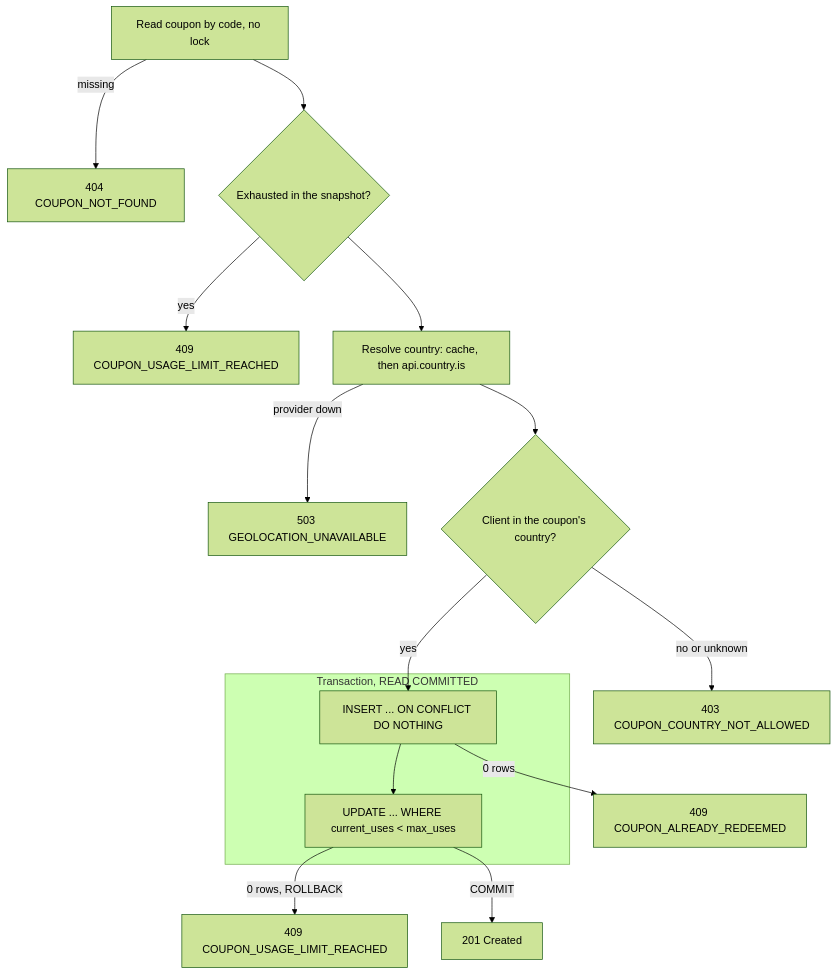
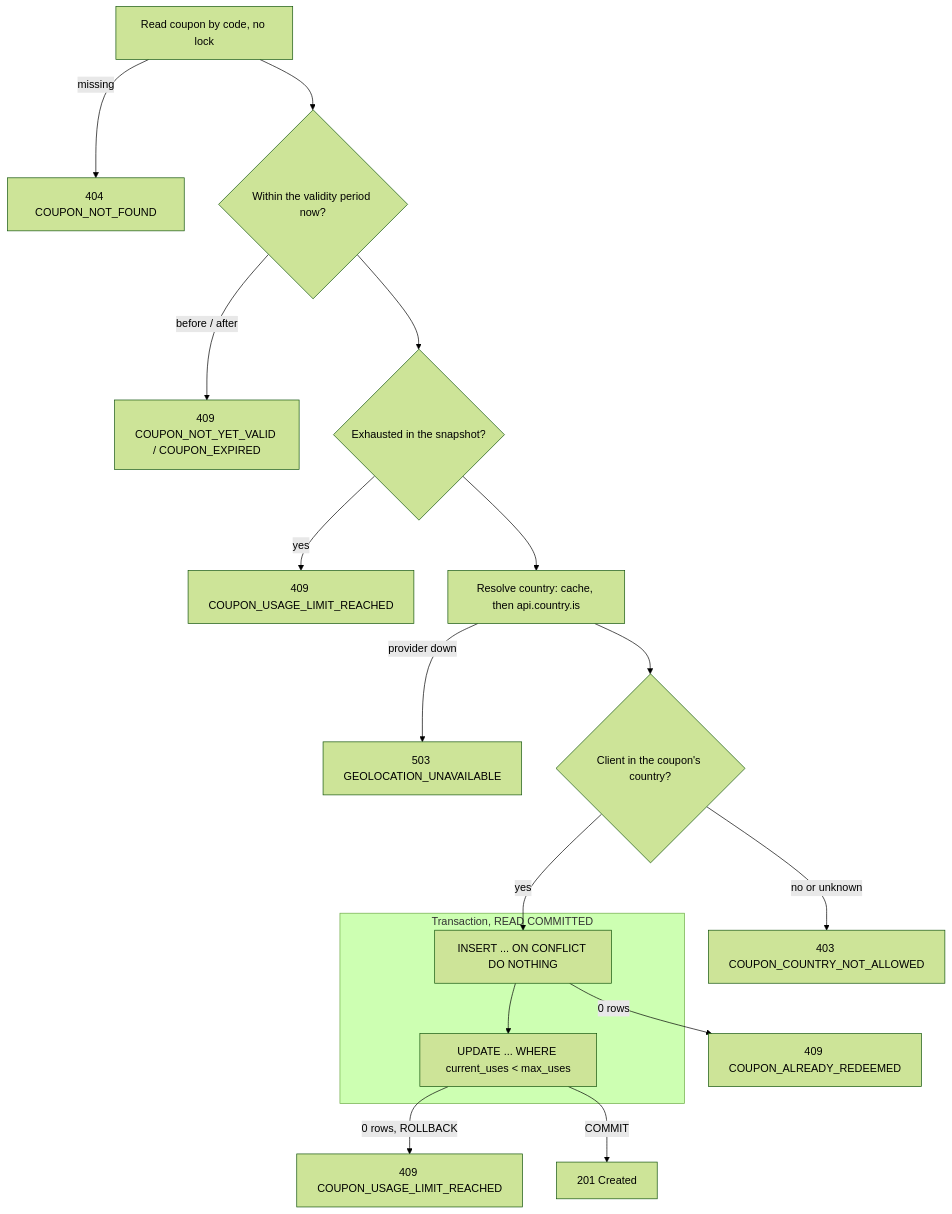
One commit to thadacz/coupon-service changed the second of 2 diagrams in README.md. Above: the diagram before and after it, drawn with Mermaid (forest theme). The commit also changed other lines of this file and 24 other files, not shown here.

First line of the commit message:
feat(coupon): add an optional validity period

````diff
--- a/README.md
+++ b/README.md
@@ -120,19 +126,21 @@
 ```mermaid
 flowchart TB
     s1[Read coupon by code, no lock] -->|missing| e404[404 COUPON_NOT_FOUND]
-    s1 --> s2{Exhausted in the snapshot?}
+    s1 --> sv{Within the validity period now?}
+    sv -->|before / after| e409v[409 COUPON_NOT_YET_VALID / COUPON_EXPIRED]
+    sv --> s2{Exhausted in the snapshot?}
     s2 -->|yes| e409a[409 COUPON_USAGE_LIMIT_REACHED]
     s2 --> s3[Resolve country: cache, then api.country.is]
     s3 -->|provider down| e503[503 GEOLOCATION_UNAVAILABLE]
     s3 --> s4{Client in the coupon's country?}
     s4 -->|no or unknown| e403[403 COUPON_COUNTRY_NOT_ALLOWED]
     subgraph tx [Transaction, READ COMMITTED]
         s5[INSERT ... ON CONFLICT DO NOTHING]
         s6[UPDATE ... WHERE current_uses #lt; max_uses]
     end
     s4 -->|yes| s5
     s5 -->|0 rows| e409b[409 COUPON_ALREADY_REDEEMED]
     s5 --> s6
     s6 -->|0 rows, ROLLBACK| e409c[409 COUPON_USAGE_LIMIT_REACHED]
     s6 -->|COMMIT| ok[201 Created]
 ```
````
